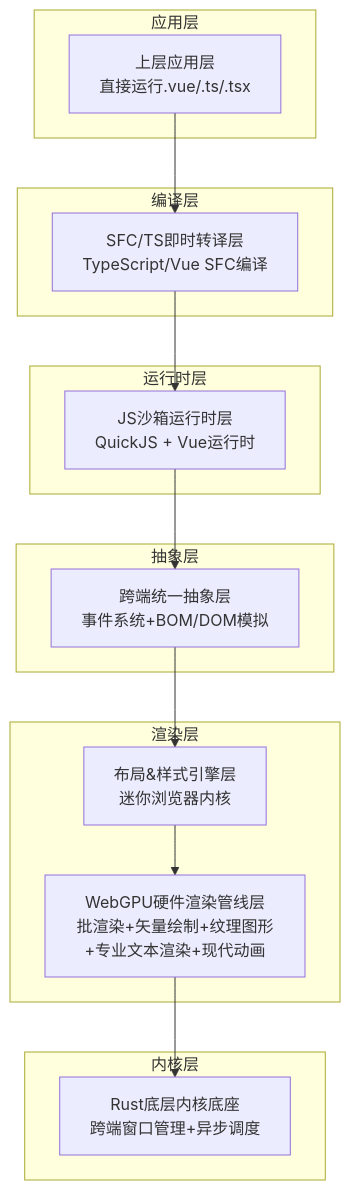
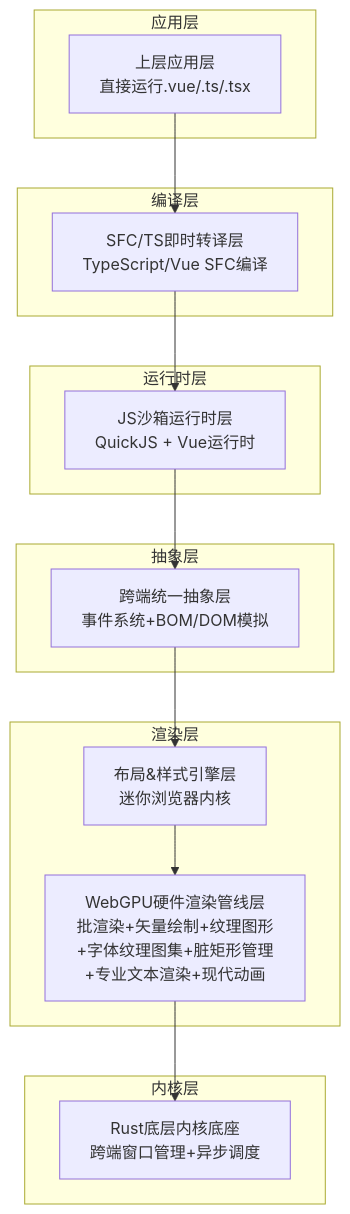
Before and after one commit to itszzl-sudo/iris: the first of 32 diagrams in .qoder/repowiki/zh/content/核心功能特性/自研浏览器级渲染能力.md, drawn with Mermaid. The commit also changed other lines of this file and 7 other files, not shown here.

Commit message:
feat: add CSS animation engine foundation - easing functions, transitions, keyframe animations architecture

````diff
--- a/.qoder/repowiki/zh/content/核心功能特性/自研浏览器级渲染能力.md
+++ b/.qoder/repowiki/zh/content/核心功能特性/自研浏览器级渲染能力.md
@@ -54,23 +61,23 @@
 ```mermaid
 graph TB
 subgraph "应用层"
 App[上层应用层<br/>直接运行.vue/.ts/.tsx]
 end
 subgraph "编译层"
 SFC[SFC/TS即时转译层<br/>TypeScript/Vue SFC编译]
 end
 subgraph "运行时层"
 JS[JS沙箱运行时层<br/>QuickJS + Vue运行时]
 end
 subgraph "抽象层"
 Cross[跨端统一抽象层<br/>事件系统+BOM/DOM模拟]
 end
 subgraph "渲染层"
 Layout[布局&样式引擎层<br/>迷你浏览器内核]
-GPU[WebGPU硬件渲染管线层<br/>批渲染+矢量绘制+纹理图形+专业文本渲染+现代动画]
+GPU[WebGPU硬件渲染管线层<br/>批渲染+矢量绘制+纹理图形+字体纹理图集+脏矩形管理+专业文本渲染+现代动画]
 end
 subgraph "内核层"
 Kernel[Rust底层内核底座<br/>跨端窗口管理+异步调度]
 end
 App --> SFC --> JS --> Cross --> Layout --> GPU --> Kernel
 ```
````
